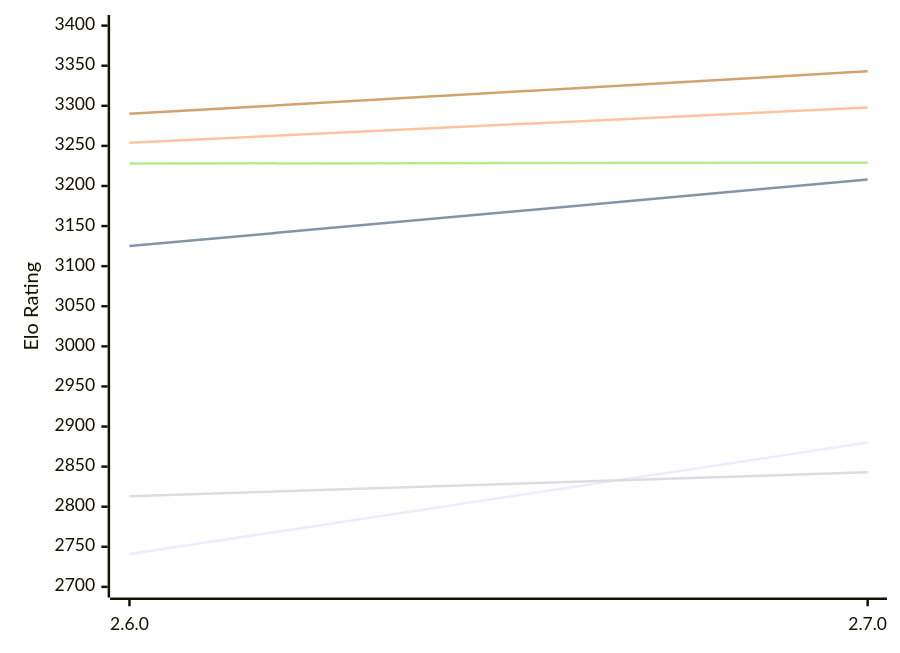
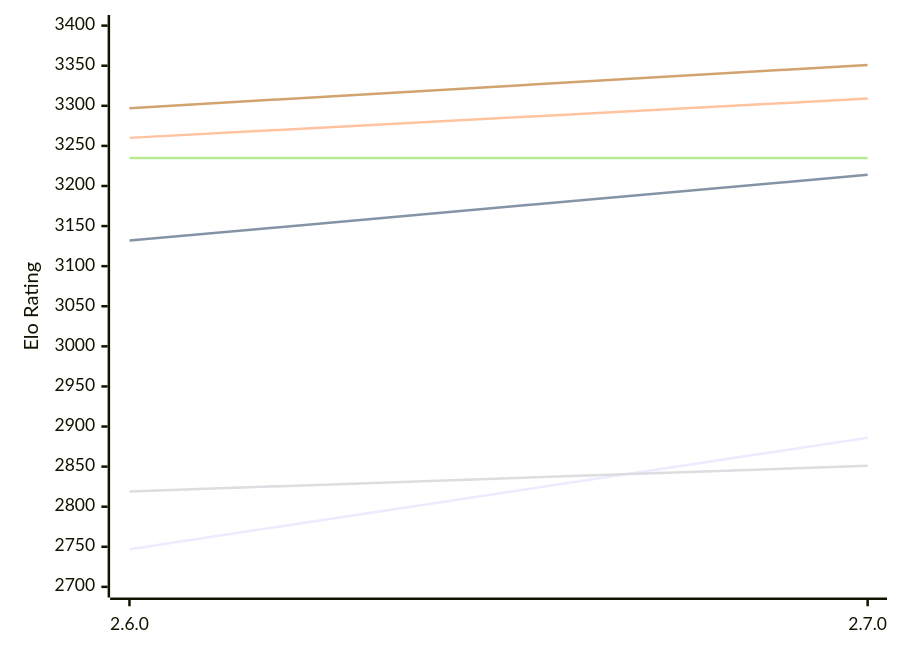
Before and after one commit to computer-chess-index/cci: the first of 2 diagrams in engines/Sturddle2.md, drawn with Mermaid. The commit also changed other lines of this file, not shown here.

Commit message:
Update CCI Ratings (ELO VLTC) - 2026-11-03

````diff
--- a/engines/Sturddle2.md
+++ b/engines/Sturddle2.md
@@ -51,12 +51,12 @@
 ```mermaid
 %%{init: {"theme":"base","themeVariables":{"seriesColors:['#a3a3a3','#222221','#faa371']}}}%%
 xychart-beta
   x-axis ["2.6.0", "2.7.0"]
   y-axis "Elo Rating" 2700 --> 3400
-  line "E1: STC (8.0+0.08s)" [2741, 2880]
-  line "E1: LTC (60.0+0.60s)" [3125, 3208]
-  line "E1: VLTC (2m24s+1.12s)" [3254, 3298]
-  line "P1: STC (8.0+0.08s)" [2813, 2843]
-  line "P1: LTC (60.0+0.60s)" [3228, 3229]
-  line "P1: VLTC (2m24s+1.12s)" [3290, 3343]
+  line "E1: STC (8.0+0.08s)" [2747, 2886]
+  line "E1: LTC (60.0+0.60s)" [3132, 3214]
+  line "E1: VLTC (2m24s+1.12s)" [3260, 3309]
+  line "P1: STC (8.0+0.08s)" [2819, 2851]
+  line "P1: LTC (60.0+0.60s)" [3235, 3235]
+  line "P1: VLTC (2m24s+1.12s)" [3297, 3351]
 ```
````
